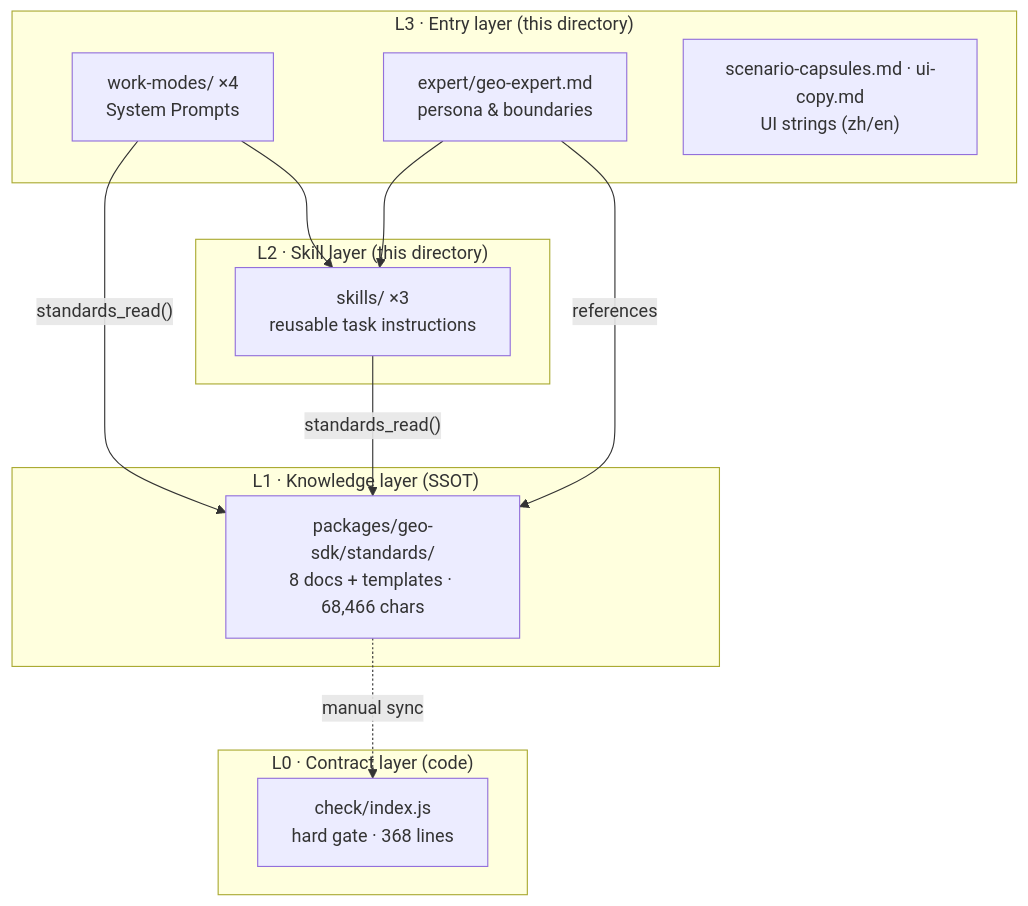
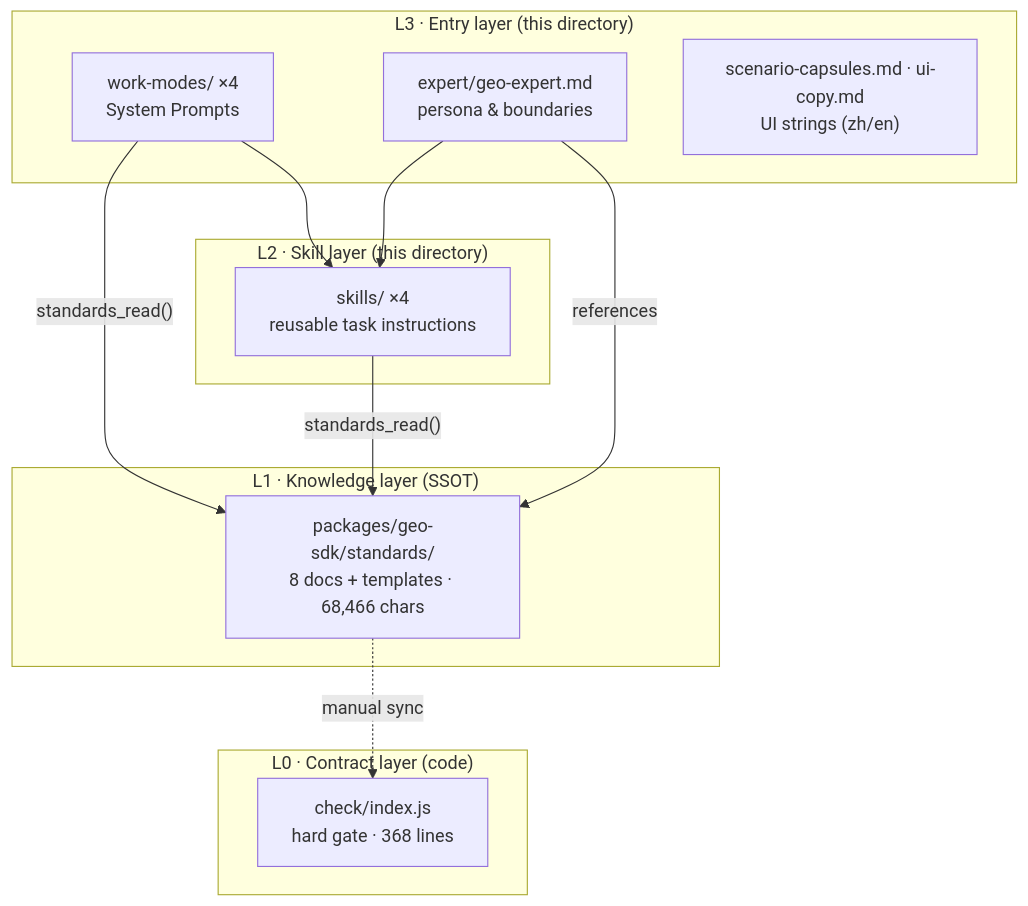
The diagram in harness/README.md (tengence-team/tengence-geo-agent), drawn with Mermaid before and after one commit. The commit also changed other lines of this file and 1 other file, not shown here.

Commit message:
feat(harness): 新增通用渠道改写发布 Skill geo-channel-rewrite
八步链路（取期→读原文→取规则→agent 改写→check 硬门禁→Mode B 推送→回写日历→核对），
platform 参数化，适用于所有分发渠道。规则文本不复制，运行时经 channel_style_get
读取 syndicate/styles/*.yaml（L1 SSOT）；发布边界（wechat 草稿箱、aliyun 审核门禁、
tencent 链接策略等）以各渠道 yaml 为准。

````diff
--- a/harness/README.md
+++ b/harness/README.md
@@ -11,23 +11,23 @@
 ```mermaid
 graph TB
     subgraph L3["L3 · Entry layer (this directory)"]
         WM["work-modes/ ×4<br/>System Prompts"]
         EX["expert/geo-expert.md<br/>persona & boundaries"]
         UI["scenario-capsules.md · ui-copy.md<br/>UI strings (zh/en)"]
     end
     subgraph L2["L2 · Skill layer (this directory)"]
-        SK["skills/ ×3<br/>reusable task instructions"]
+        SK["skills/ ×4<br/>reusable task instructions"]
     end
     subgraph L1["L1 · Knowledge layer (SSOT)"]
         ST["packages/geo-sdk/standards/<br/>8 docs + templates · 68,466 chars"]
     end
     subgraph L0["L0 · Contract layer (code)"]
         CK["check/index.js<br/>hard gate · 368 lines"]
     end
     WM -->|"standards_read()"| ST
     SK -->|"standards_read()"| ST
     EX -->|references| ST
     WM --> SK
     EX --> SK
     ST -.->|"manual sync"| CK
 ```
````
